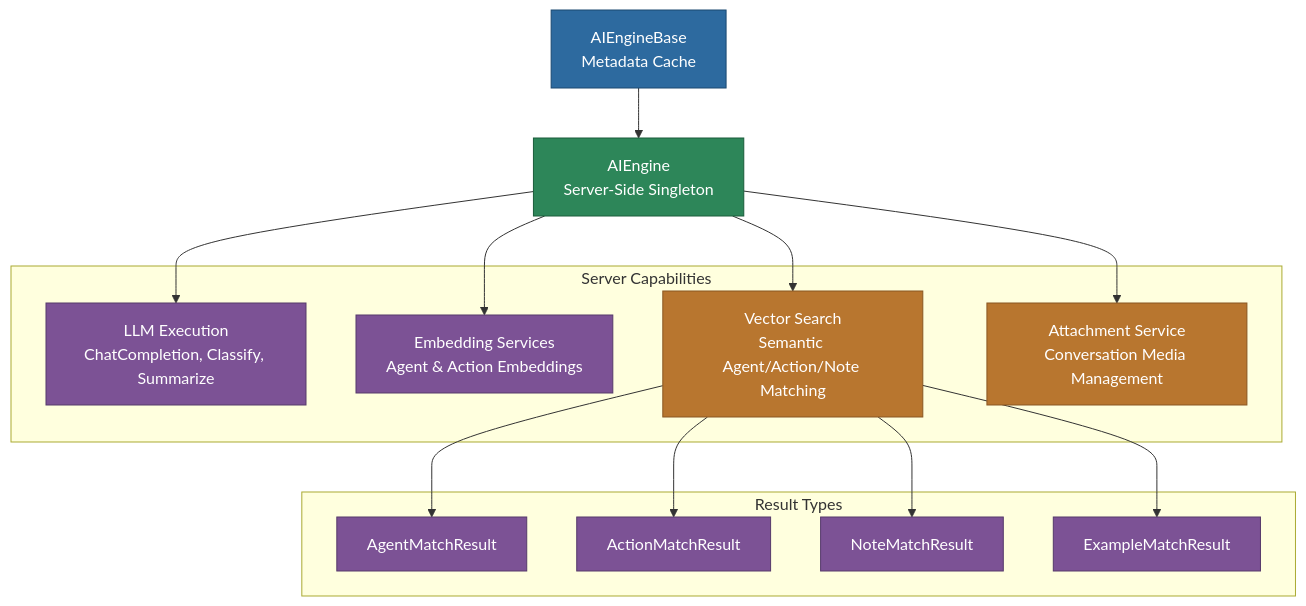
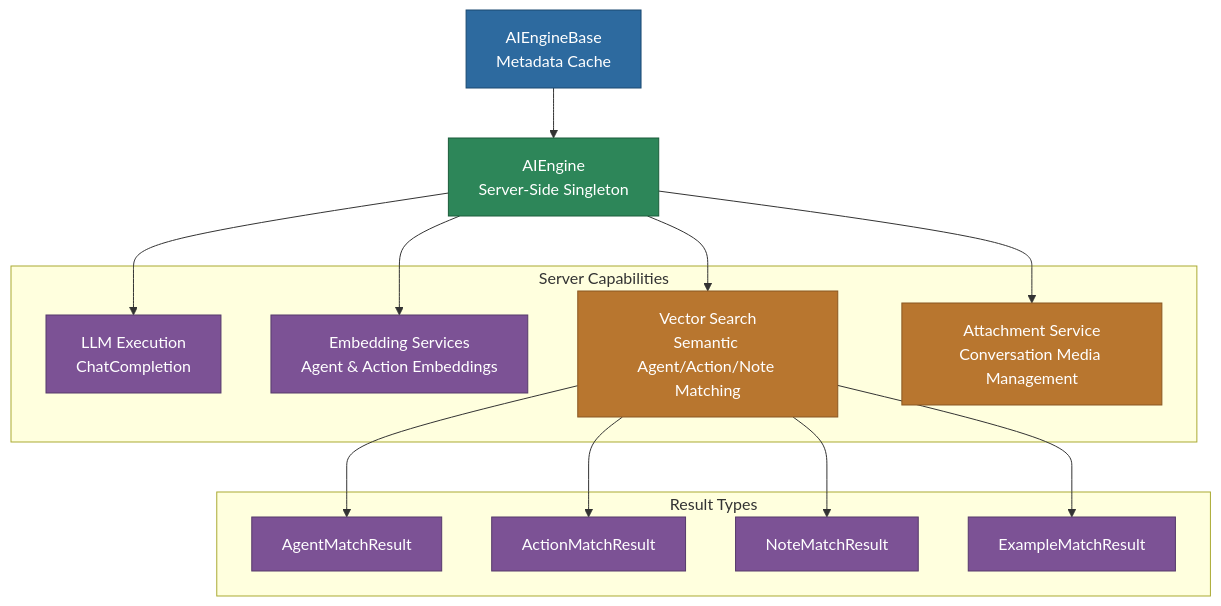
The diagram in packages/AI/Engine/README.md (MemberJunction/MJ), drawn with Mermaid before and after one commit. The commit also changed other lines of this file and 5 other files, not shown here.

First line of the commit message:
chore(ai): deprecate BaseLLM.ClassifyText and SummarizeText

````diff
--- a/packages/AI/Engine/README.md
+++ b/packages/AI/Engine/README.md
@@ -7,47 +7,47 @@
 ```mermaid
 graph TD
     AIB["AIEngineBase<br/>Metadata Cache"]
     style AIB fill:#2d6a9f,stroke:#1a4971,color:#fff
 
     AIE["AIEngine<br/>Server-Side Singleton"]
     style AIE fill:#2d8659,stroke:#1a5c3a,color:#fff
 
     subgraph "Server Capabilities"
-        LLM["LLM Execution<br/>ChatCompletion, Classify, Summarize"]
+        LLM["LLM Execution<br/>ChatCompletion"]
         style LLM fill:#7c5295,stroke:#563a6b,color:#fff
 
         EMB["Embedding Services<br/>Agent & Action Embeddings"]
         style EMB fill:#7c5295,stroke:#563a6b,color:#fff
 
         VS["Vector Search<br/>Semantic Agent/Action/Note Matching"]
         style VS fill:#b8762f,stroke:#8a5722,color:#fff
 
         ATT["Attachment Service<br/>Conversation Media Management"]
         style ATT fill:#b8762f,stroke:#8a5722,color:#fff
     end
 
     AIB --> AIE
     AIE --> LLM
     AIE --> EMB
     AIE --> VS
     AIE --> ATT
 
     subgraph "Result Types"
         AMR["AgentMatchResult"]
         style AMR fill:#7c5295,stroke:#563a6b,color:#fff
 
         ACMR["ActionMatchResult"]
         style ACMR fill:#7c5295,stroke:#563a6b,color:#fff
 
         NMR["NoteMatchResult"]
         style NMR fill:#7c5295,stroke:#563a6b,color:#fff
 
         EMR["ExampleMatchResult"]
         style EMR fill:#7c5295,stroke:#563a6b,color:#fff
     end
 
     VS --> AMR
     VS --> ACMR
     VS --> NMR
     VS --> EMR
 ```
````
